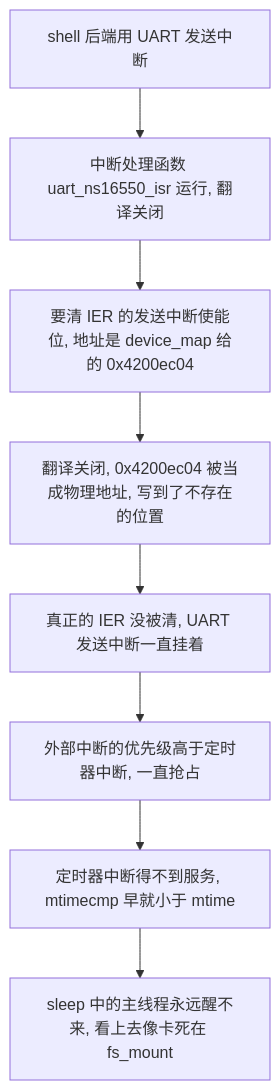
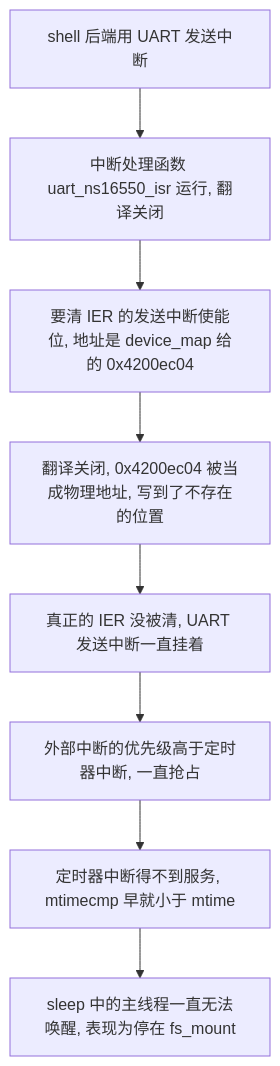
Diagram 15 of 17 in source/_posts/2026-10-04-riscv-mmu-16m-rom.md (YuzukiTsuru/YuzukiTsuru.GitHub.io), drawn with Mermaid before and after one commit. The commit also changed other lines of this file and 2 other files, not shown here.

````diff
--- a/source/_posts/2026-10-04-riscv-mmu-16m-rom.md
+++ b/source/_posts/2026-10-04-riscv-mmu-16m-rom.md
@@ -1062,10 +1060,10 @@
 ```mermaid
 flowchart TD
     A["shell 后端用 UART 发送中断"] --> B["中断处理函数 uart_ns16550_isr 运行, 翻译关闭"]
     B --> C["要清 IER 的发送中断使能位, 地址是 device_map 给的 0x4200ec04"]
     C --> D["翻译关闭, 0x4200ec04 被当成物理地址, 写到了不存在的位置"]
     D --> E["真正的 IER 没被清, UART 发送中断一直挂着"]
     E --> F["外部中断的优先级高于定时器中断, 一直抢占"]
     F --> G["定时器中断得不到服务, mtimecmp 早就小于 mtime"]
-    G --> H["sleep 中的主线程永远醒不来, 看上去像卡死在 fs_mount"]
+    G --> H["sleep 中的主线程一直无法唤醒, 表现为停在 fs_mount"]
 ```
````
